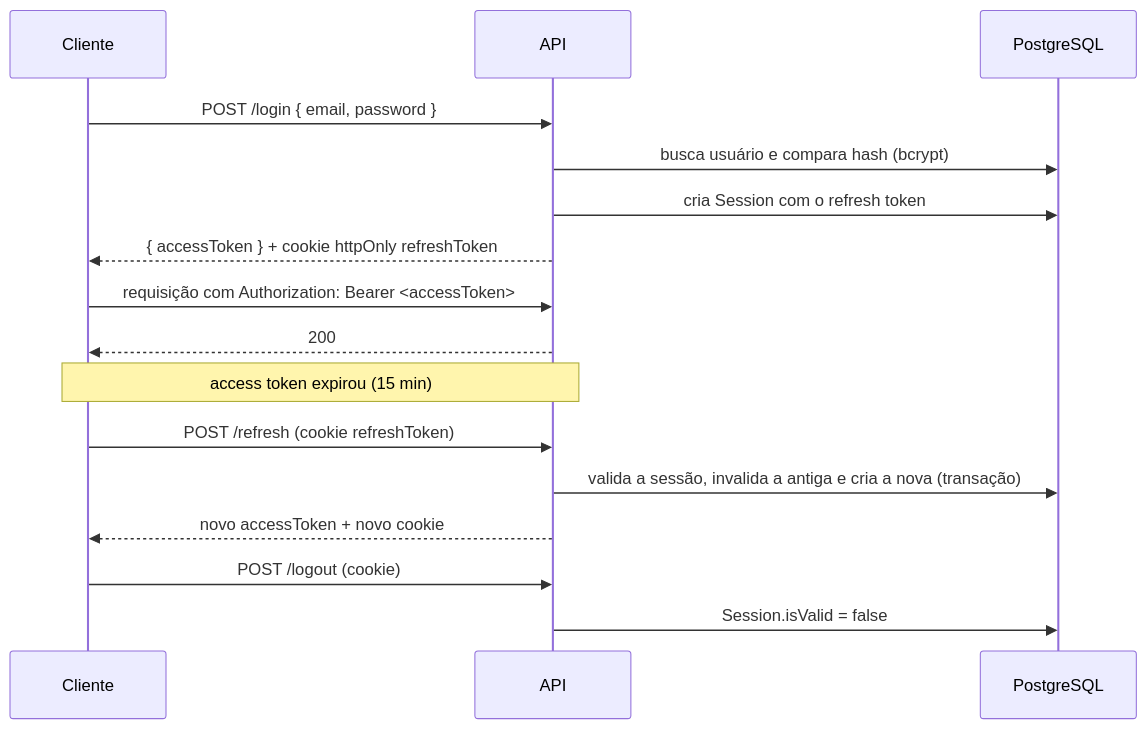
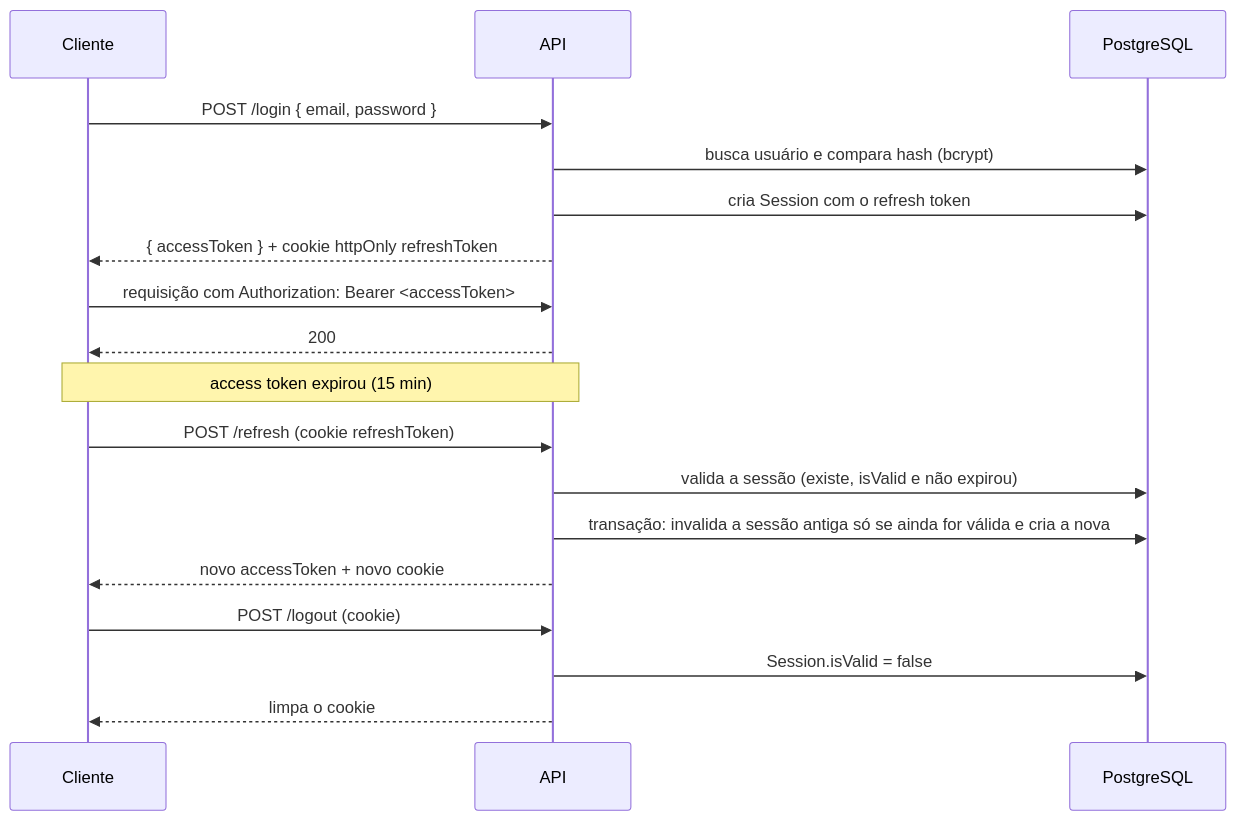
Before and after one commit to pedroszdev/ApiBlog: the first of 2 diagrams in README.md, drawn with Mermaid. The commit also changed other lines of this file, not shown here.

````diff
--- a/README.md
+++ b/README.md
@@ -51,22 +62,24 @@
 ```mermaid
 sequenceDiagram
     participant C as Cliente
     participant API
     participant DB as PostgreSQL
 
     C->>API: POST /login { email, password }
     API->>DB: busca usuário e compara hash (bcrypt)
     API->>DB: cria Session com o refresh token
     API-->>C: { accessToken } + cookie httpOnly refreshToken
 
     C->>API: requisição com Authorization: Bearer <accessToken>
     API-->>C: 200
 
     Note over C,API: access token expirou (15 min)
     C->>API: POST /refresh (cookie refreshToken)
-    API->>DB: valida a sessão, invalida a antiga e cria a nova (transação)
+    API->>DB: valida a sessão (existe, isValid e não expirou)
+    API->>DB: transação: invalida a sessão antiga só se ainda for válida e cria a nova
     API-->>C: novo accessToken + novo cookie
 
     C->>API: POST /logout (cookie)
     API->>DB: Session.isValid = false
+    API-->>C: limpa o cookie
 ```
````
